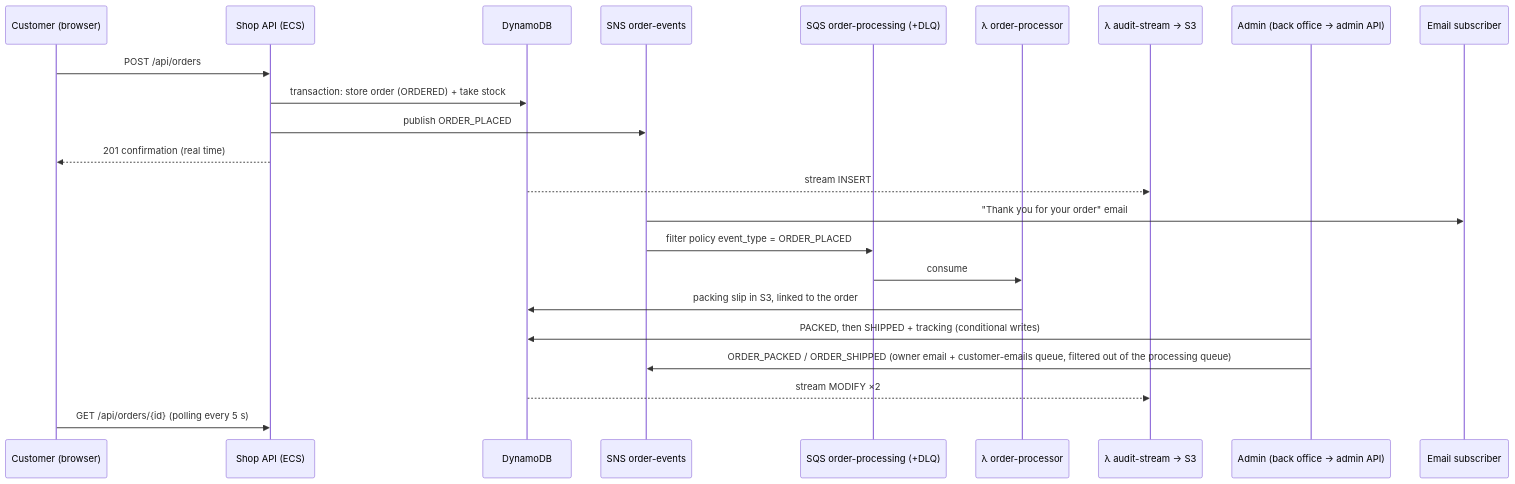
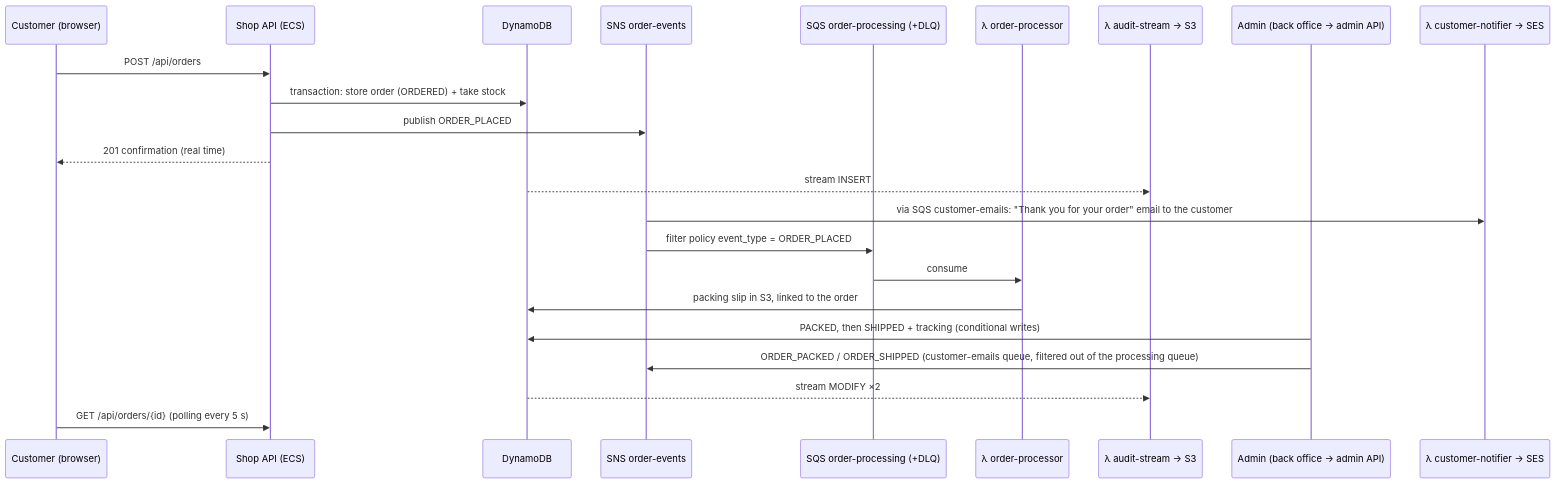
The second of 2 diagrams in README.md (TrioGrenobleImt/AWS-victor-arnaud-cedric), drawn with Mermaid before and after one commit. The commit also changed other lines of this file and 10 other files, not shown here.

First line of the commit message:
Style customer emails, run 2 instances, fix Windows image build, add the deck

````diff
--- a/README.md
+++ b/README.md
@@ -136,26 +136,26 @@
 ```mermaid
 sequenceDiagram
     participant C as Customer (browser)
     participant API as Shop API (ECS)
     participant DB as DynamoDB
     participant SNS as SNS order-events
     participant Q as SQS order-processing (+DLQ)
     participant W as λ order-processor
     participant A as λ audit-stream → S3
     participant B as Admin (back office → admin API)
-    participant M as Email subscriber
+    participant M as λ customer-notifier → SES
 
     C->>API: POST /api/orders
     API->>DB: transaction: store order (ORDERED) + take stock
     API->>SNS: publish ORDER_PLACED
     API-->>C: 201 confirmation (real time)
     DB-->>A: stream INSERT
-    SNS->>M: "Thank you for your order" email
+    SNS->>M: via SQS customer-emails: "Thank you for your order" email to the customer
     SNS->>Q: filter policy event_type = ORDER_PLACED
     Q->>W: consume
     W->>DB: packing slip in S3, linked to the order
     B->>DB: PACKED, then SHIPPED + tracking (conditional writes)
-    B->>SNS: ORDER_PACKED / ORDER_SHIPPED (owner email + customer-emails queue, filtered out of the processing queue)
+    B->>SNS: ORDER_PACKED / ORDER_SHIPPED (customer-emails queue, filtered out of the processing queue)
     DB-->>A: stream MODIFY ×2
     C->>API: GET /api/orders/{id} (polling every 5 s)
 ```
````
